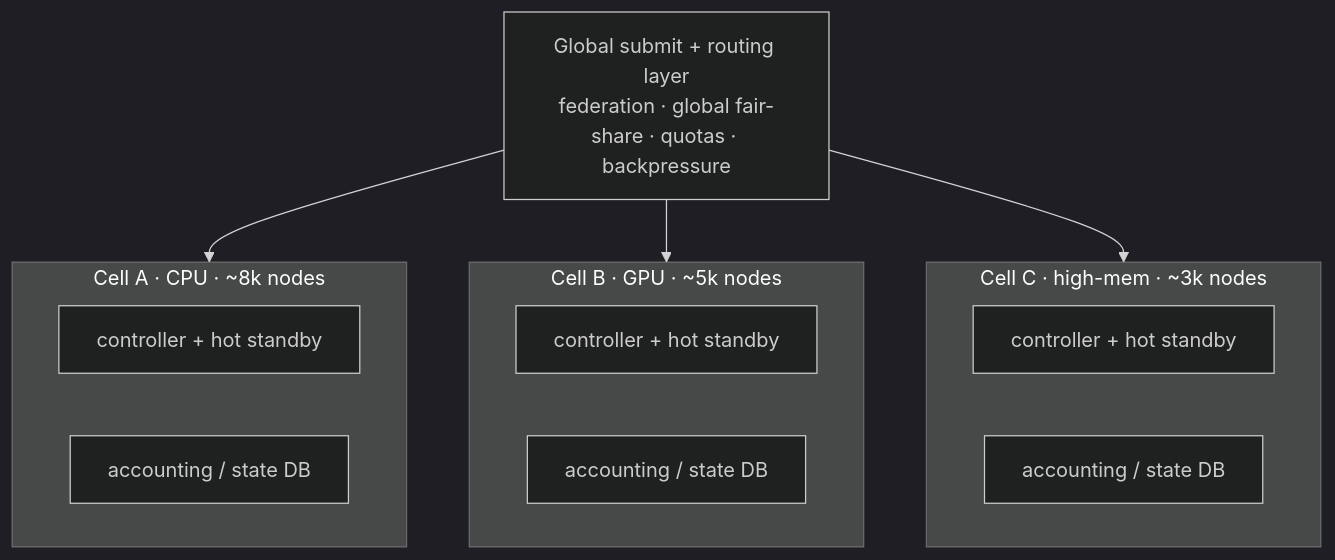
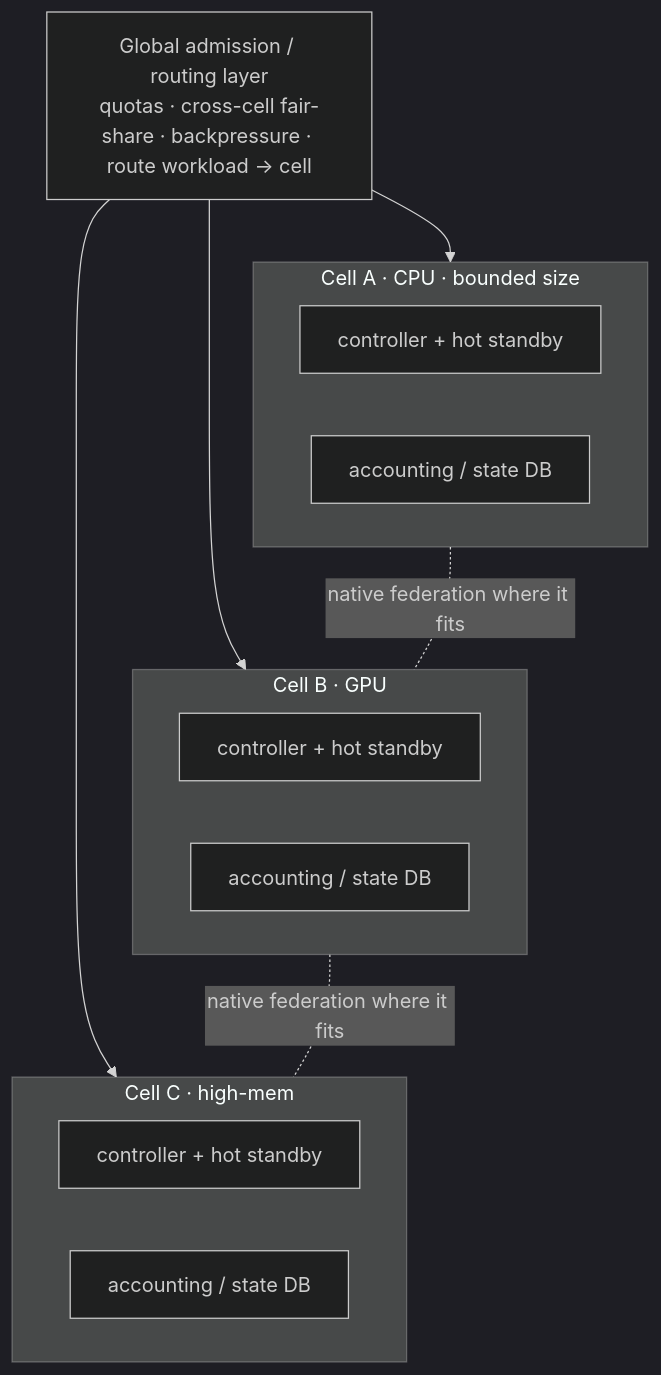
The fourth of 15 diagrams in docs/PRODUCTION_SCALE_ARCHITECTURE.md (Ajayvardhanreddy/distributed-workload-platform-slurm), drawn with Mermaid (dark theme) before and after one commit. The commit also changed other lines of this file and 1 other file, not shown here.

First line of the commit message:
docs: tighten production-scale architecture doc and README

````diff
--- a/docs/PRODUCTION_SCALE_ARCHITECTURE.md
+++ b/docs/PRODUCTION_SCALE_ARCHITECTURE.md
@@ -237,19 +248,21 @@
 ```mermaid
 flowchart TB
-    GS["Global submit + routing layer<br/>federation · global fair-share · quotas · backpressure"]
+    GS["Global admission / routing layer<br/>quotas · cross-cell fair-share · backpressure · route workload → cell"]
     GS --> A
     GS --> B
     GS --> C
-    subgraph A["Cell A · CPU · ~8k nodes"]
+    subgraph A["Cell A · CPU · bounded size"]
         AC["controller + hot standby"]
         AD["accounting / state DB"]
     end
-    subgraph B["Cell B · GPU · ~5k nodes"]
+    subgraph B["Cell B · GPU"]
         BC["controller + hot standby"]
         BD["accounting / state DB"]
     end
-    subgraph C["Cell C · high-mem · ~3k nodes"]
+    subgraph C["Cell C · high-mem"]
         CC["controller + hot standby"]
         CD["accounting / state DB"]
     end
+    A -. "native federation where it fits" .- B
+    B -. "native federation where it fits" .- C
 ```
````
